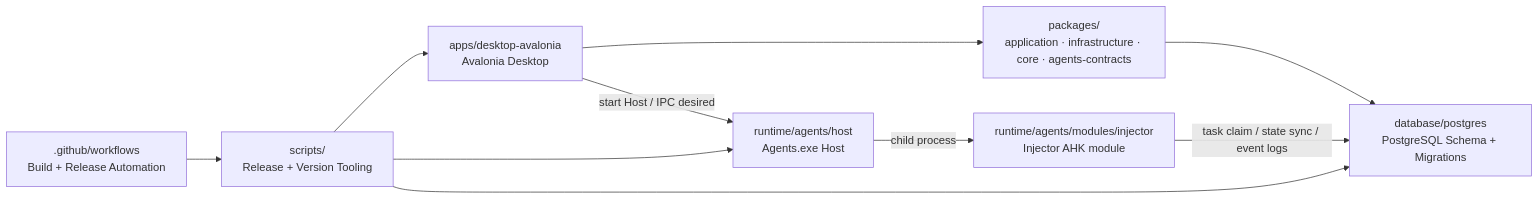
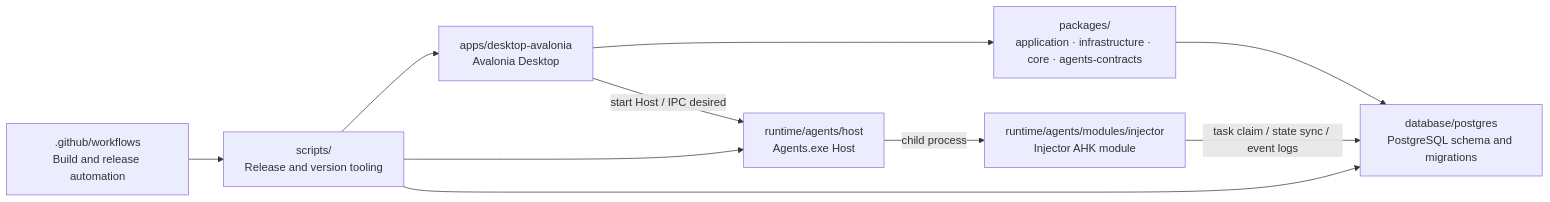
The diagram in README.md (pacmandoh/pactoolkits), drawn with Mermaid before and after one commit. The commit also changed other lines of this file and 68 other files, not shown here.

````diff
--- a/README.md
+++ b/README.md
@@ -86,20 +87,20 @@
 ```mermaid
 flowchart LR
     DESKTOP["apps/desktop-avalonia\nAvalonia Desktop"]
     PKG["packages/\napplication · infrastructure · core · agents-contracts"]
     HOST["runtime/agents/host\nAgents.exe Host"]
     INJ["runtime/agents/modules/injector\nInjector AHK module"]
-    DB["database/postgres\nPostgreSQL Schema + Migrations"]
-    SCRIPTS["scripts/\nRelease + Version Tooling"]
-    CI[".github/workflows\nBuild + Release Automation"]
+    DB["database/postgres\nPostgreSQL schema and migrations"]
+    SCRIPTS["scripts/\nRelease and version tooling"]
+    CI[".github/workflows\nBuild and release automation"]
 
     DESKTOP --> PKG
     DESKTOP -->|start Host / IPC desired| HOST
     HOST -->|child process| INJ
     INJ -->|task claim / state sync / event logs| DB
     PKG --> DB
     SCRIPTS --> DESKTOP
     SCRIPTS --> HOST
     SCRIPTS --> DB
     CI --> SCRIPTS
 ```
````
